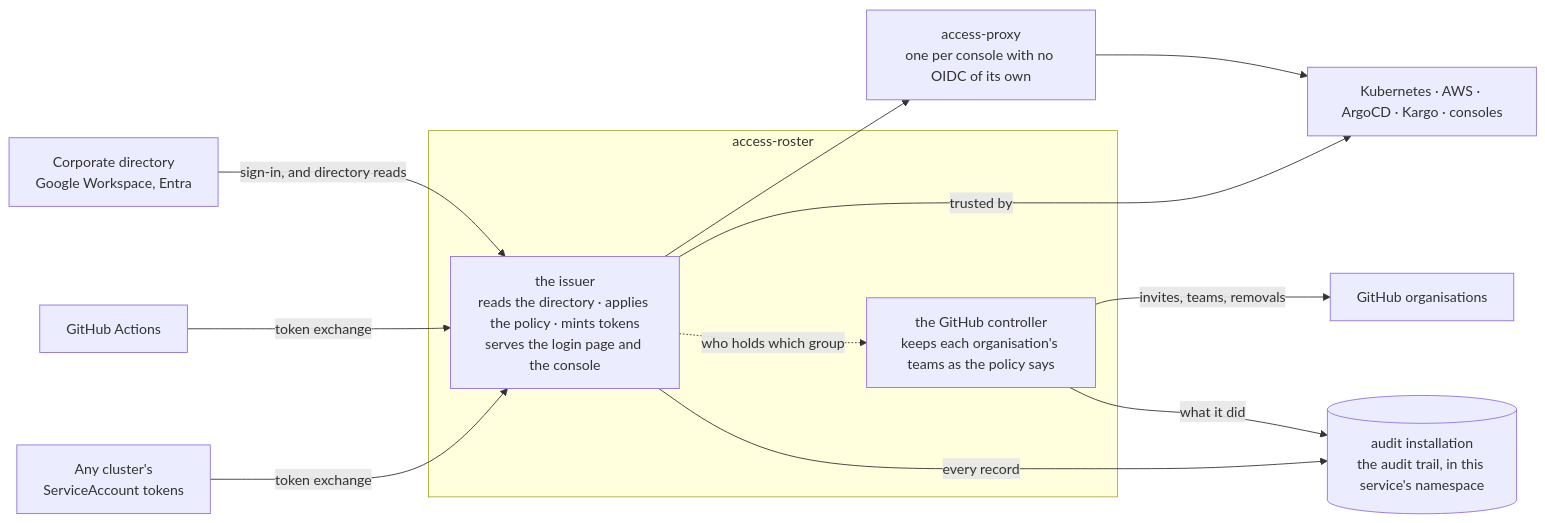
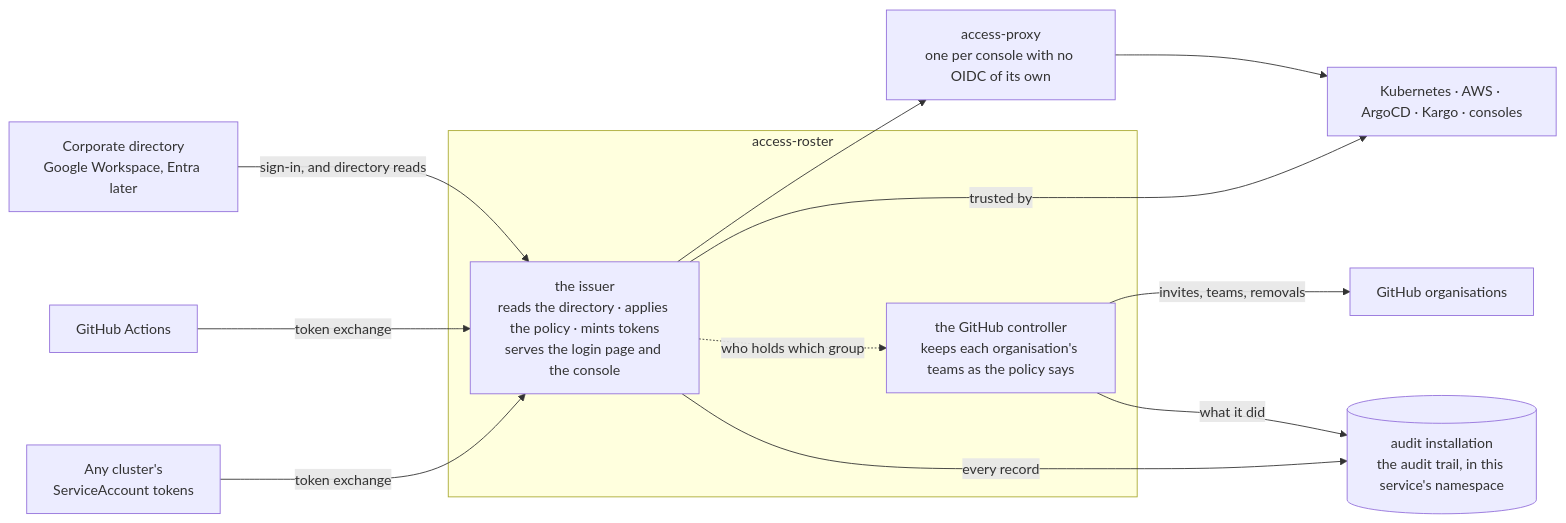
Before and after one commit to truvity/access-roster: the diagram in README.md, drawn with Mermaid. The commit also changed other lines of this file and 11 other files, not shown here.

````diff
--- a/README.md
+++ b/README.md
@@ -114,26 +134,26 @@
 ```mermaid
 flowchart LR
-  idp["Corporate directory<br/>Google Workspace, Entra"]
+  idp["Corporate directory<br/>Google Workspace, Entra later"]
   gh["GitHub Actions"]
   k8s["Any cluster's<br/>ServiceAccount tokens"]
 
   subgraph ar["access-roster"]
     iss["the issuer<br/>reads the directory · applies the policy · mints tokens<br/>serves the login page and the console"]
     ctl["the GitHub controller<br/>keeps each organisation's teams as the policy says"]
   end
 
   proxy["access-proxy<br/>one per console with no OIDC of its own"]
   apps["Kubernetes · AWS · ArgoCD · Kargo · consoles"]
   orgs["GitHub organisations"]
   aud[("audit installation<br/>the audit trail, in this service's namespace")]
 
   idp -- "sign-in, and directory reads" --> iss
   gh -- "token exchange" --> iss
   k8s -- "token exchange" --> iss
   iss --> proxy --> apps
   iss -- "trusted by" --> apps
   iss -. "who holds which group" .-> ctl
   ctl -- "invites, teams, removals" --> orgs
   iss -- "every record" --> aud
   ctl -- "what it did" --> aud
 ```
````
